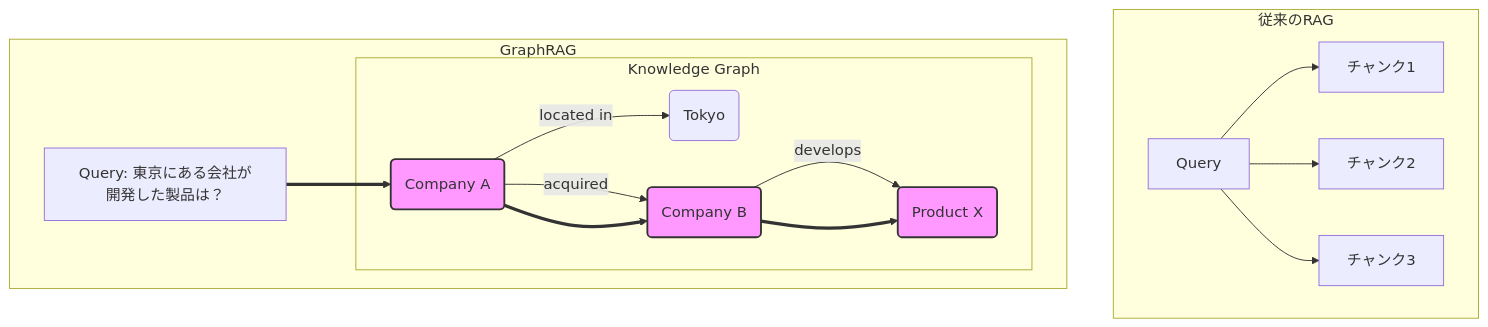
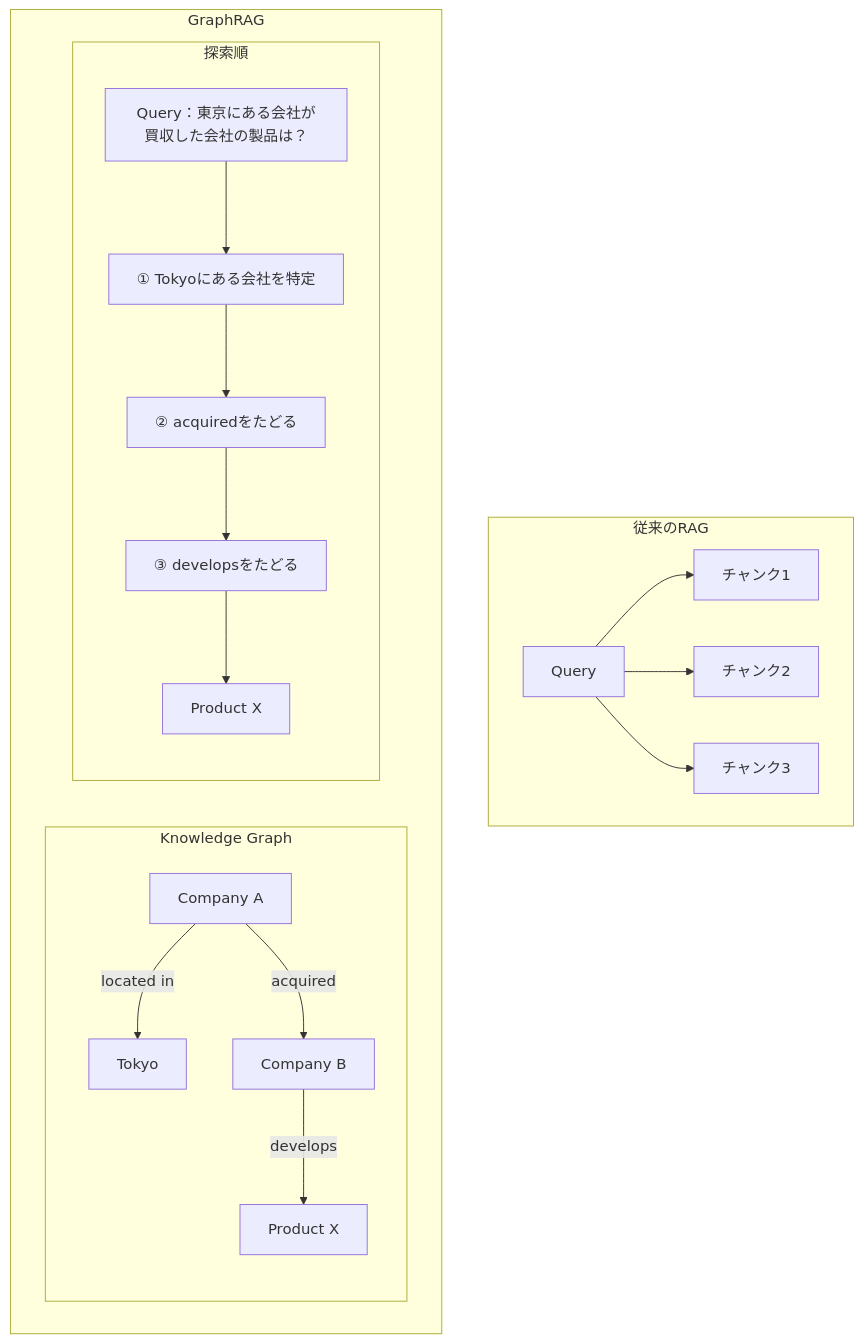
The third of 5 diagrams in articles/context_engineering_20250719.md (suwa-sh/zenn-contents), drawn with Mermaid before and after one commit. The commit also changed other lines of this file and 3 other files, not shown here.

````diff
--- a/articles/context_engineering_20250719.md
+++ b/articles/context_engineering_20250719.md
@@ -119,21 +185,21 @@
 ```mermaid
-graph TD
+flowchart TD
     subgraph 従来のRAG
-        A[Query] --> B[チャンク1];
-        A --> C[チャンク2];
-        A --> D[チャンク3];
+        A["Query"] --> B["チャンク1"];
+        A --> C["チャンク2"];
+        A --> D["チャンク3"];
     end
     subgraph GraphRAG
-        subgraph Knowledge Graph
-            E(Company A) -- located in --> F(Tokyo);
-            E -- acquired --> G(Company B);
-            G -- develops --> H(Product X);
+        subgraph knowledgeGraph ["Knowledge Graph"]
+            E["Company A"] -- "located in" --> F["Tokyo"];
+            E -- "acquired" --> G["Company B"];
+            G -- "develops" --> H["Product X"];
         end
-        I[Query: 東京にある会社が開発した製品は？] ==> E;
-        E ==> G;
-        G ==> H;
+        subgraph searchPath ["探索順"]
+            I["Query：東京にある会社が買収した会社の製品は？"] --> S1["① Tokyoにある会社を特定"];
+            S1 --> S2["② acquiredをたどる"];
+            S2 --> S3["③ developsをたどる"];
+            S3 --> R["Product X"];
+        end
     end
-    style E fill:#f9f,stroke:#333,stroke-width:2px
-    style G fill:#f9f,stroke:#333,stroke-width:2px
-    style H fill:#f9f,stroke:#333,stroke-width:2px
 ```
````
